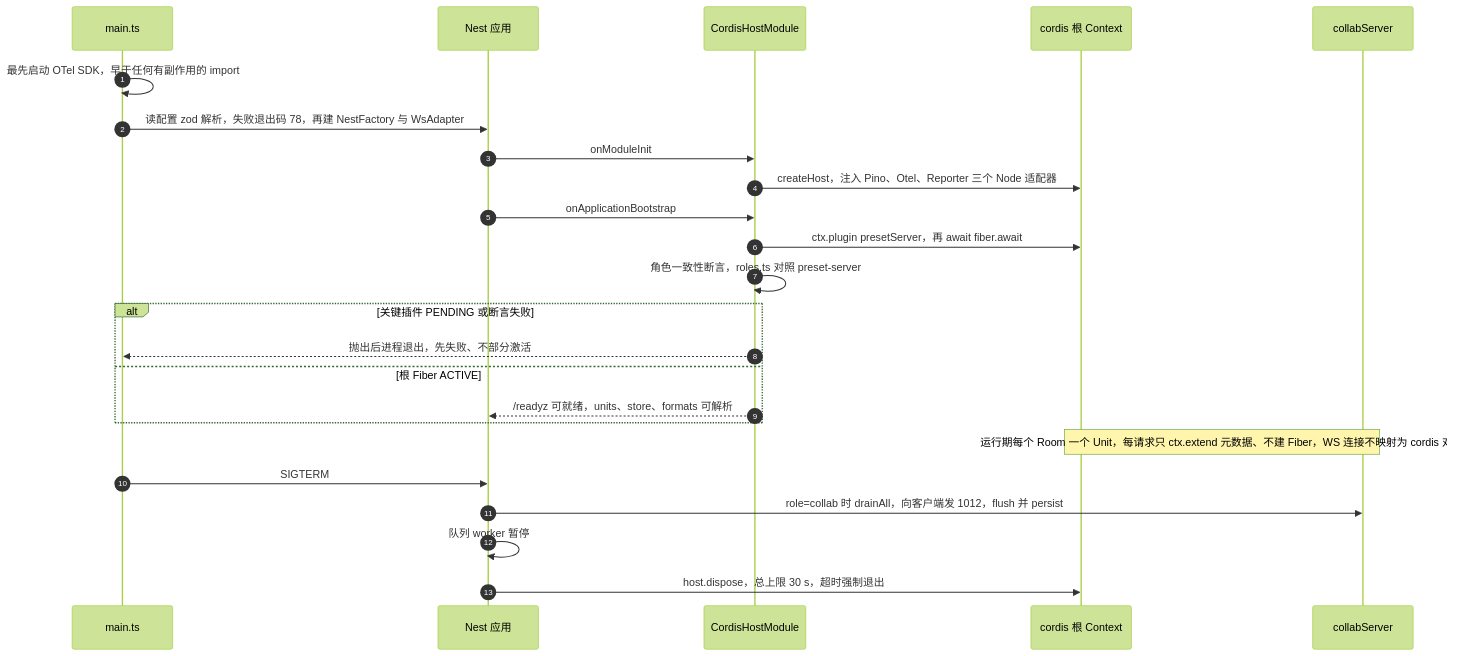
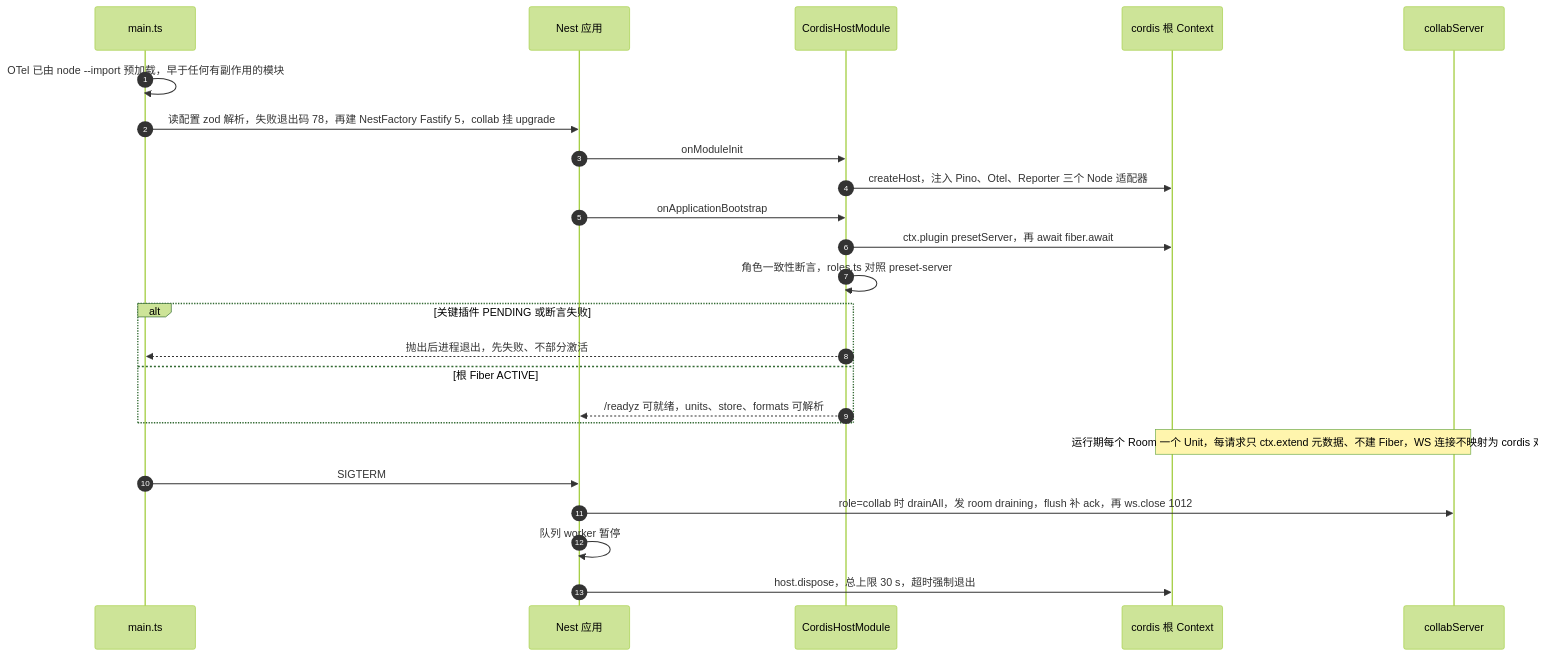
The second of 46 diagrams in docs/40-modules/19-atlas-backend-and-data.md (Xeonice/cordis-ppt-editor), drawn with Mermaid (forest theme) before and after one commit. The commit also changed other lines of this file and 78 other files, not shown here.

````diff
--- a/docs/40-modules/19-atlas-backend-and-data.md
+++ b/docs/40-modules/19-atlas-backend-and-data.md
@@ -89,26 +91,26 @@
 ```mermaid
 sequenceDiagram
   autonumber
   participant main as main.ts
   participant nest as Nest 应用
   participant chm as CordisHostModule
   participant host as cordis 根 Context
   participant cs as collabServer
-  main->>main: 最先启动 OTel SDK，早于任何有副作用的 import
-  main->>nest: 读配置 zod 解析，失败退出码 78，再建 NestFactory 与 WsAdapter
+  main->>main: OTel 已由 node --import 预加载，早于任何有副作用的模块
+  main->>nest: 读配置 zod 解析，失败退出码 78，再建 NestFactory Fastify 5，collab 挂 upgrade
   nest->>chm: onModuleInit
   chm->>host: createHost，注入 Pino、Otel、Reporter 三个 Node 适配器
   nest->>chm: onApplicationBootstrap
   chm->>host: ctx.plugin presetServer，再 await fiber.await
   chm->>chm: 角色一致性断言，roles.ts 对照 preset-server
   alt 关键插件 PENDING 或断言失败
     chm-->>main: 抛出后进程退出，先失败、不部分激活
   else 根 Fiber ACTIVE
     chm-->>nest: /readyz 可就绪，units、store、formats 可解析
   end
   Note over host,cs: 运行期每个 Room 一个 Unit，每请求只 ctx.extend 元数据、不建 Fiber，WS 连接不映射为 cordis 对象
   main->>nest: SIGTERM
-  nest->>cs: role=collab 时 drainAll，向客户端发 1012，flush 并 persist
+  nest->>cs: role=collab 时 drainAll，发 room draining，flush 补 ack，再 ws.close 1012
   nest->>nest: 队列 worker 暂停
   nest->>host: host.dispose，总上限 30 s，超时强制退出
 ```
````
